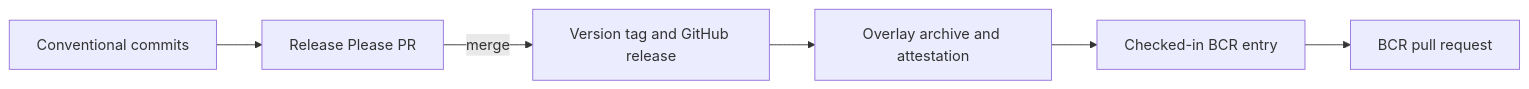
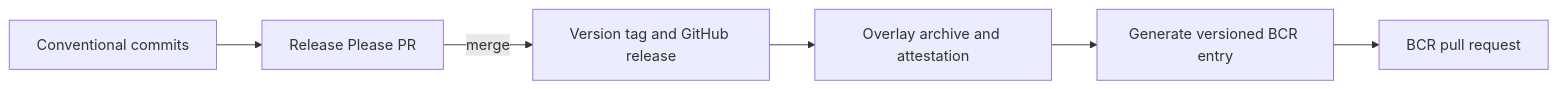
The diagram in docs/releasing.md (formatjs/hermes), drawn with Mermaid before and after one commit. The commit also changed other lines of this file and 27 other files, not shown here.

````diff
--- a/docs/releasing.md
+++ b/docs/releasing.md
@@ -31,8 +31,8 @@
 ```mermaid
 flowchart LR
   commit[Conventional commits] --> pr[Release Please PR]
   pr -->|merge| tag[Version tag and GitHub release]
   tag --> assets[Overlay archive and attestation]
-  assets --> entry[Checked-in BCR entry]
+  assets --> entry[Generate versioned BCR entry]
   entry --> bcr[BCR pull request]
 ```
````
